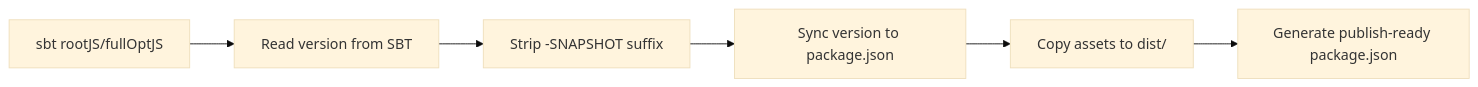
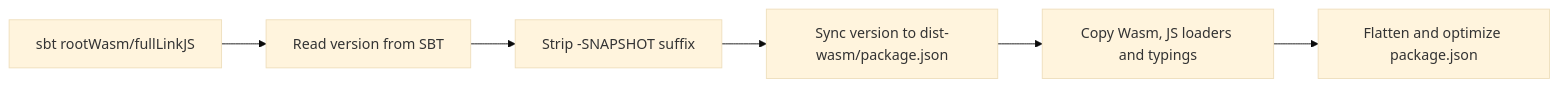
One commit to rabestro/dicechess-engine-scala changed the diagram in docs/src/content/docs/guidelines/npm-packaging.md. Above: the diagram before and after it, drawn with Mermaid (base theme). The commit also changed other lines of this file, not shown here.

Commit message:
docs(wasm): document wasm backend benchmarks and integration guidelines

````diff
--- a/docs/src/content/docs/guidelines/npm-packaging.md
+++ b/docs/src/content/docs/guidelines/npm-packaging.md
@@ -24,8 +55,8 @@
 ```mermaid
 graph LR
-    A["sbt rootJS/fullOptJS"] --> B["Read version from SBT"]
+    A["sbt rootWasm/fullLinkJS"] --> B["Read version from SBT"]
     B --> C["Strip -SNAPSHOT suffix"]
-    C --> D["Sync version to package.json"]
-    D --> E["Copy assets to dist/"]
-    E --> F["Generate publish-ready package.json"]
+    C --> D["Sync version to dist-wasm/package.json"]
+    D --> E["Copy Wasm, JS loaders and typings"]
+    E --> F["Flatten and optimize package.json"]
 ```
````
